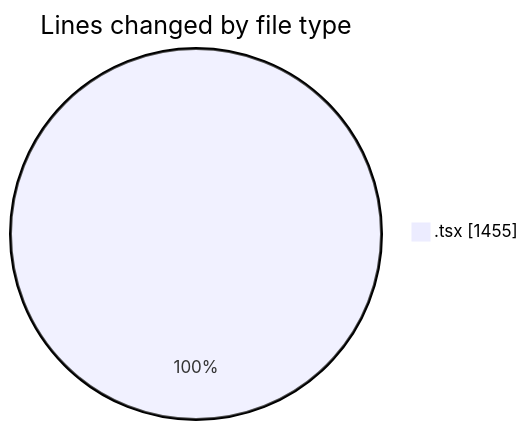
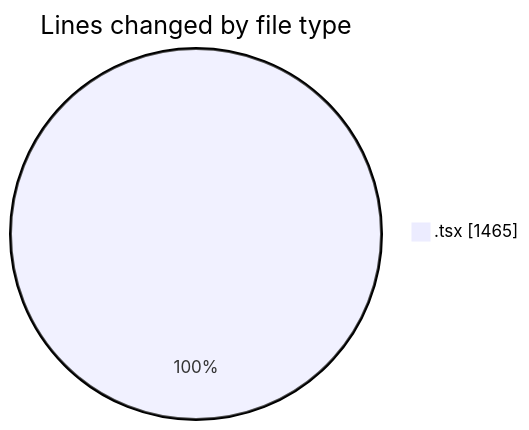
One commit to momahboobian/code-tracking changed the first of 2 diagrams in 2025-02-12/cda/README.md. Above: the diagram before and after it, drawn with Mermaid. The commit also changed other lines of this file and 1 other file, not shown here.

````diff
--- a/2025-02-12/cda/README.md
+++ b/2025-02-12/cda/README.md
@@ -21,5 +21,5 @@
 ```mermaid
 pie showData
 title Lines changed by file type
-".tsx" : 1455
+".tsx" : 1465
 ```
````
